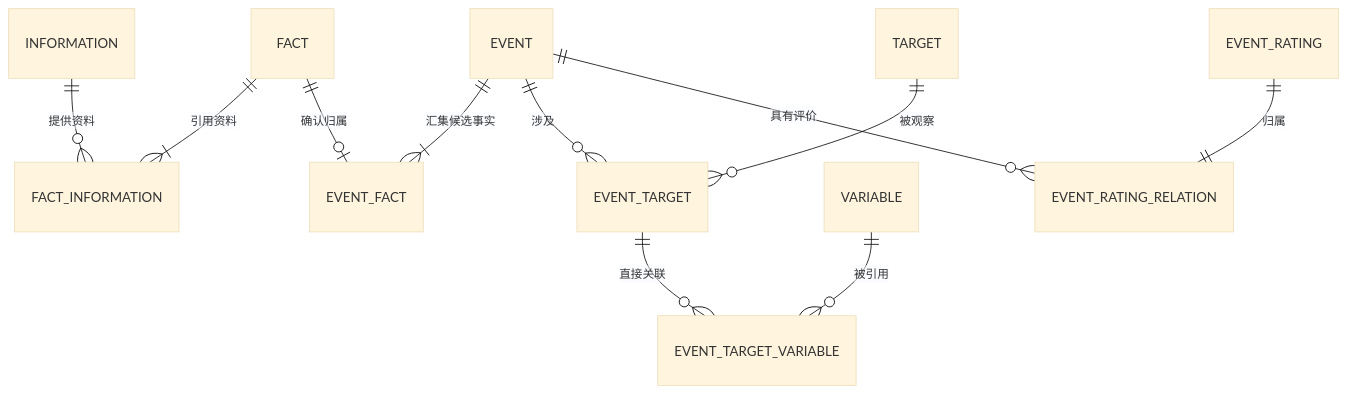
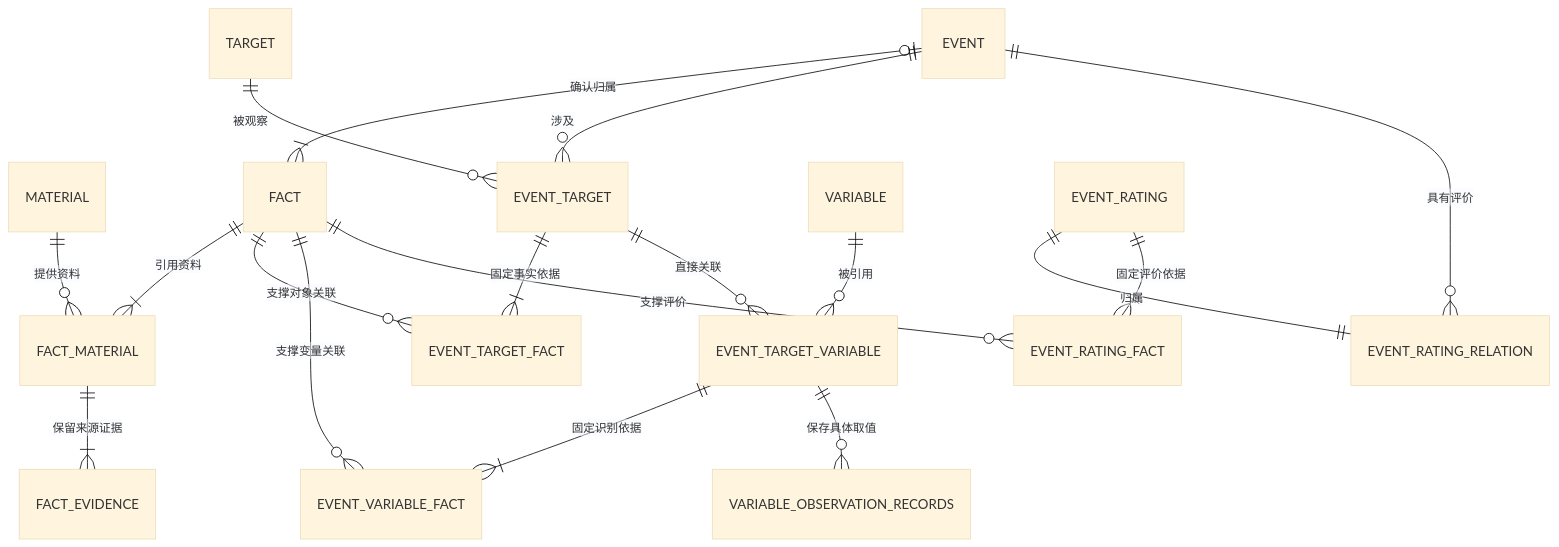
The first of 2 diagrams in tools/RiskHot/docs/system-design/04-系统架构设计/01-数据模型与存储设计/F02事件管理模块数据模型与存储设计.md (caojingwen1996/obsidian_kb), drawn with Mermaid (base theme) before and after one commit. The commit also changed other lines of this file and 517 other files, not shown here.

````diff
--- a/tools/RiskHot/docs/system-design/04-系统架构设计/01-数据模型与存储设计/F02事件管理模块数据模型与存储设计.md
+++ b/tools/RiskHot/docs/system-design/04-系统架构设计/01-数据模型与存储设计/F02事件管理模块数据模型与存储设计.md
@@ -15,13 +25,20 @@
 ```mermaid
 erDiagram
-    INFORMATION ||--o{ FACT_INFORMATION : 提供资料
-    FACT ||--|{ FACT_INFORMATION : 引用资料
-    EVENT ||--|{ EVENT_FACT : 汇集候选事实
-    FACT ||--o| EVENT_FACT : 确认归属
+    MATERIAL ||--o{ FACT_MATERIAL : 提供资料
+    FACT ||--|{ FACT_MATERIAL : 引用资料
+    FACT_MATERIAL ||--|{ FACT_EVIDENCE : 保留来源证据
+    EVENT |o--|{ FACT : 确认归属
     EVENT ||--o{ EVENT_TARGET : 涉及
     TARGET ||--o{ EVENT_TARGET : 被观察
+    EVENT_TARGET ||--|{ EVENT_TARGET_FACT : 固定事实依据
+    FACT ||--o{ EVENT_TARGET_FACT : 支撑对象关联
     EVENT_TARGET ||--o{ EVENT_TARGET_VARIABLE : 直接关联
     VARIABLE ||--o{ EVENT_TARGET_VARIABLE : 被引用
+    EVENT_TARGET_VARIABLE ||--|{ EVENT_VARIABLE_FACT : 固定识别依据
+    FACT ||--o{ EVENT_VARIABLE_FACT : 支撑变量关联
+    EVENT_TARGET_VARIABLE ||--o{ VARIABLE_OBSERVATION_RECORDS : 保存具体取值
     EVENT ||--o{ EVENT_RATING_RELATION : 具有评价
     EVENT_RATING ||--|| EVENT_RATING_RELATION : 归属
+    EVENT_RATING ||--|{ EVENT_RATING_FACT : 固定评价依据
+    FACT ||--o{ EVENT_RATING_FACT : 支撑评价
 ```
````
